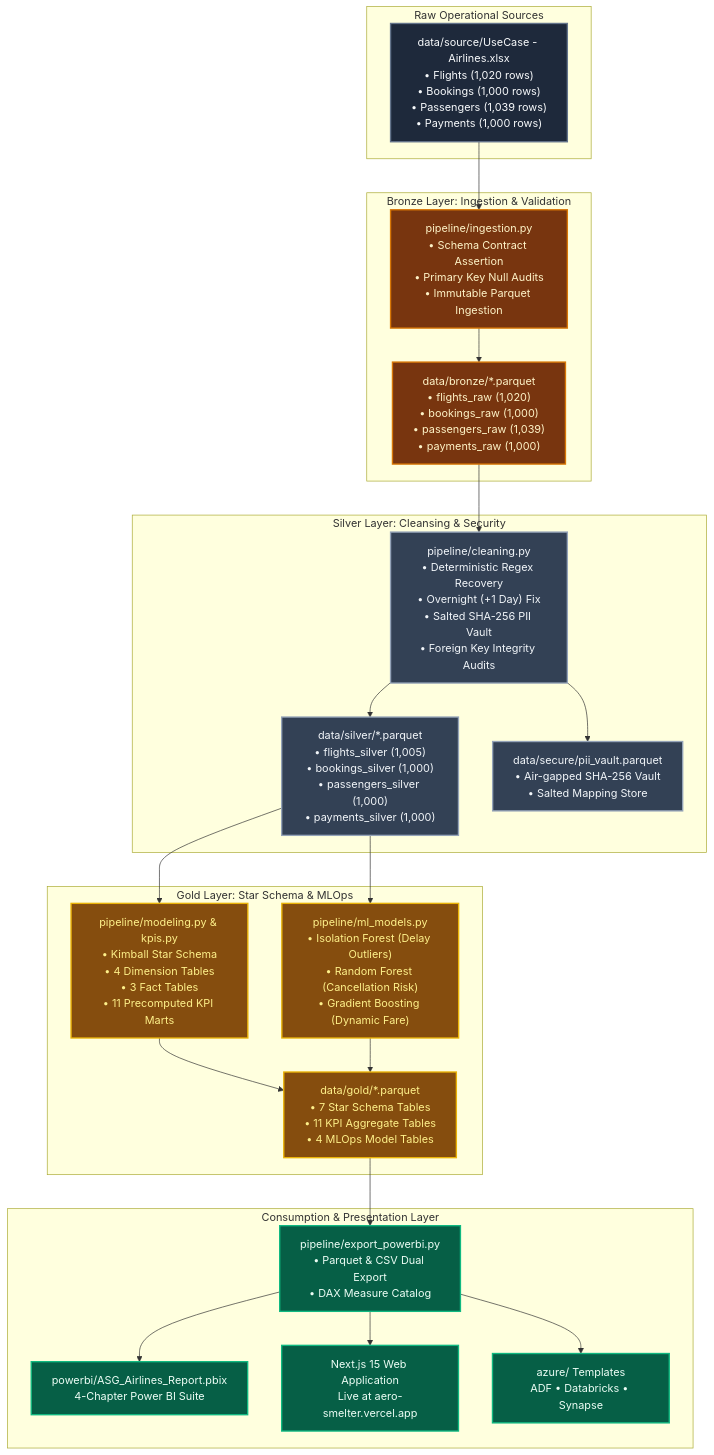
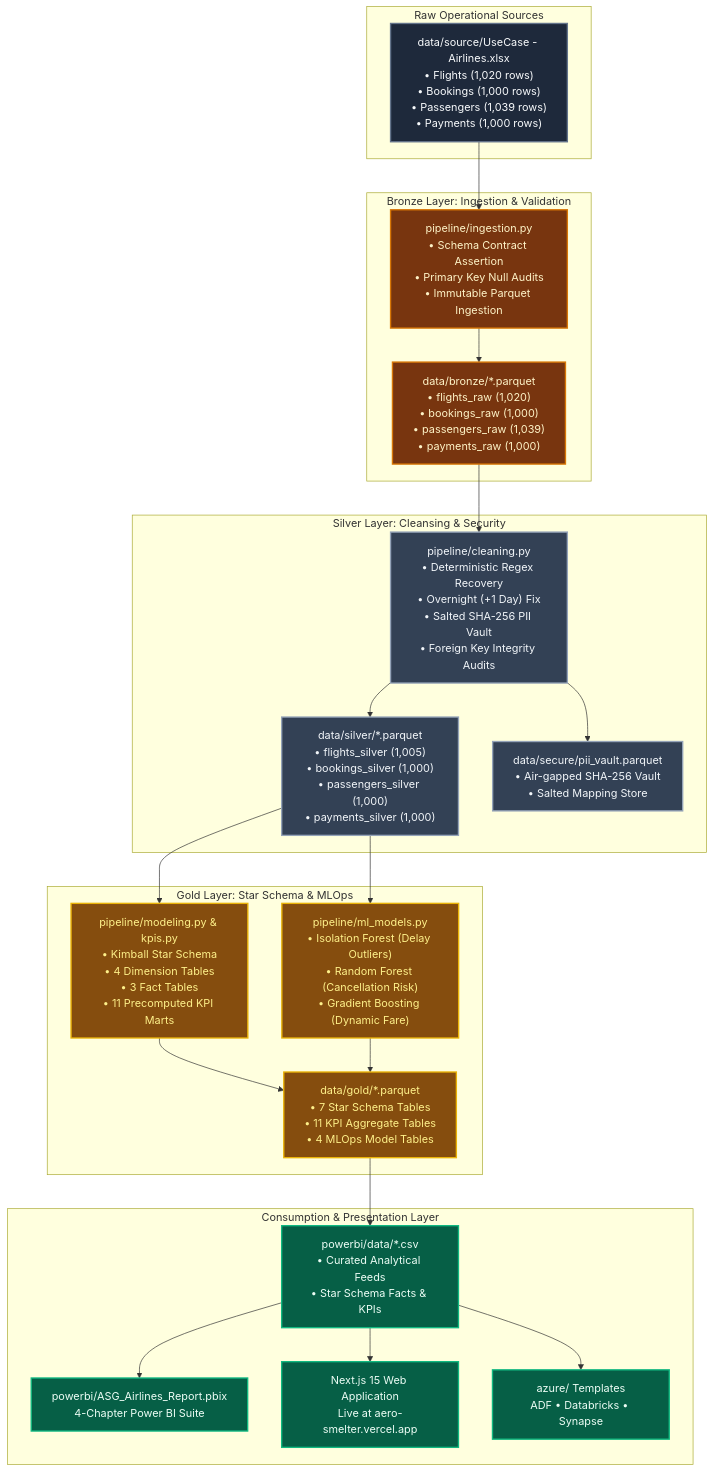
One commit to darshan-gowdaa/aero-smelter changed the first of 6 diagrams in README.md. Above: the diagram before and after it, drawn with Mermaid. The commit also changed other lines of this file and 2 other files, not shown here.

Commit message:
refactor: remove redundant export_powerbi module and simplify pipeline stage

````diff
--- a/README.md
+++ b/README.md
@@ -41,54 +41,54 @@
 ```mermaid
 graph TD
     subgraph S1["Raw Operational Sources"]
         EXCEL["data/source/UseCase - Airlines.xlsx<br/>• Flights (1,020 rows)<br/>• Bookings (1,000 rows)<br/>• Passengers (1,039 rows)<br/>• Payments (1,000 rows)"]
     end
 
     subgraph S2["Bronze Layer: Ingestion & Validation"]
         INGEST["pipeline/ingestion.py<br/>• Schema Contract Assertion<br/>• Primary Key Null Audits<br/>• Immutable Parquet Ingestion"]
         BRONZE_PARQUET["data/bronze/*.parquet<br/>• flights_raw (1,020)<br/>• bookings_raw (1,000)<br/>• passengers_raw (1,039)<br/>• payments_raw (1,000)"]
     end
 
     subgraph S3["Silver Layer: Cleansing & Security"]
         CLEAN["pipeline/cleaning.py<br/>• Deterministic Regex Recovery<br/>• Overnight (+1 Day) Fix<br/>• Salted SHA-256 PII Vault<br/>• Foreign Key Integrity Audits"]
         SILVER_PARQUET["data/silver/*.parquet<br/>• flights_silver (1,005)<br/>• bookings_silver (1,000)<br/>• passengers_silver (1,000)<br/>• payments_silver (1,000)"]
         VAULT["data/secure/pii_vault.parquet<br/>• Air-gapped SHA-256 Vault<br/>• Salted Mapping Store"]
     end
 
     subgraph S4["Gold Layer: Star Schema & MLOps"]
         MODEL["pipeline/modeling.py & kpis.py<br/>• Kimball Star Schema<br/>• 4 Dimension Tables<br/>• 3 Fact Tables<br/>• 11 Precomputed KPI Marts"]
         ML["pipeline/ml_models.py<br/>• Isolation Forest (Delay Outliers)<br/>• Random Forest (Cancellation Risk)<br/>• Gradient Boosting (Dynamic Fare)"]
         GOLD_PARQUET["data/gold/*.parquet<br/>• 7 Star Schema Tables<br/>• 11 KPI Aggregate Tables<br/>• 4 MLOps Model Tables"]
     end
 
     subgraph S5["Consumption & Presentation Layer"]
-        PBI_EXP["pipeline/export_powerbi.py<br/>• Parquet & CSV Dual Export<br/>• DAX Measure Catalog"]
+        PBI_EXP["powerbi/data/*.csv<br/>• Curated Analytical Feeds<br/>• Star Schema Facts & KPIs"]
         PBI["powerbi/ASG_Airlines_Report.pbix<br/>4-Chapter Power BI Suite"]
         WEB["Next.js 15 Web Application<br/>Live at aero-smelter.vercel.app"]
         AZURE["azure/ Templates<br/>ADF • Databricks • Synapse"]
     end
 
     EXCEL --> INGEST --> BRONZE_PARQUET --> CLEAN
     CLEAN --> SILVER_PARQUET
     CLEAN --> VAULT
     SILVER_PARQUET --> MODEL
     SILVER_PARQUET --> ML
     MODEL --> GOLD_PARQUET
     ML --> GOLD_PARQUET
     GOLD_PARQUET --> PBI_EXP
     PBI_EXP --> PBI
     PBI_EXP --> WEB
     PBI_EXP --> AZURE
 
     classDef sourceStyle fill:#1E293B,stroke:#64748B,stroke-width:2px,color:#F8FAFC;
     classDef bronzeStyle fill:#78350F,stroke:#D97706,stroke-width:2px,color:#FEF3C7;
     classDef silverStyle fill:#334155,stroke:#94A3B8,stroke-width:2px,color:#F1F5F9;
     classDef goldStyle fill:#854D0E,stroke:#EAB308,stroke-width:2px,color:#FEF08A;
     classDef destStyle fill:#065F46,stroke:#10B981,stroke-width:2px,color:#ECFDF5;
 
     class EXCEL sourceStyle;
     class INGEST,BRONZE_PARQUET bronzeStyle;
     class CLEAN,SILVER_PARQUET,VAULT silverStyle;
     class MODEL,ML,GOLD_PARQUET goldStyle;
     class PBI_EXP,PBI,WEB,AZURE destStyle;
 ```
````
